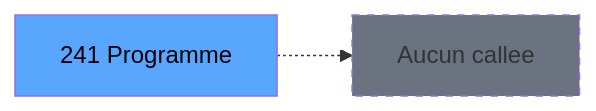
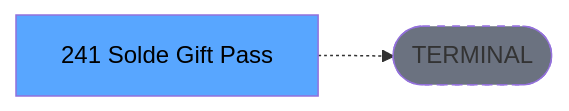
One commit to thonyAGP/lecteur-magic changed the third of 3 diagrams in .openspec/specs/ADH-IDE-241.md. Above: the diagram before and after it, drawn with Mermaid. The commit also changed other lines of this file and 701 other files, not shown here.

````diff
--- a/.openspec/specs/ADH-IDE-241.md
+++ b/.openspec/specs/ADH-IDE-241.md
@@ -142,8 +134,8 @@
 ```mermaid
 graph LR
-    T[241 Programme]
-    NONE[Aucun callee]
-    T -.-> NONE
+    T[241 Solde Gift Pass]
+    TERM([TERMINAL])
+    T -.-> TERM
+    style TERM fill:#6b7280,stroke-dasharray: 5 5
     style T fill:#58a6ff,color:#000
-    style NONE fill:#6b7280,stroke-dasharray: 5 5
 ```
````
